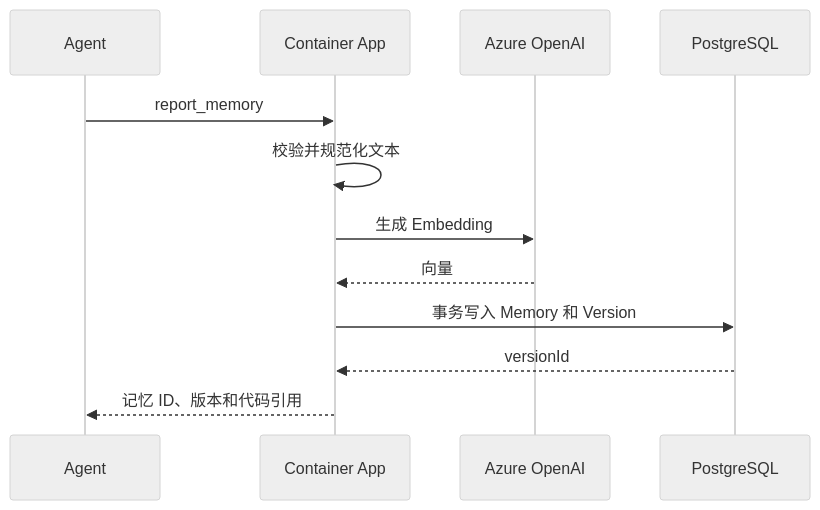
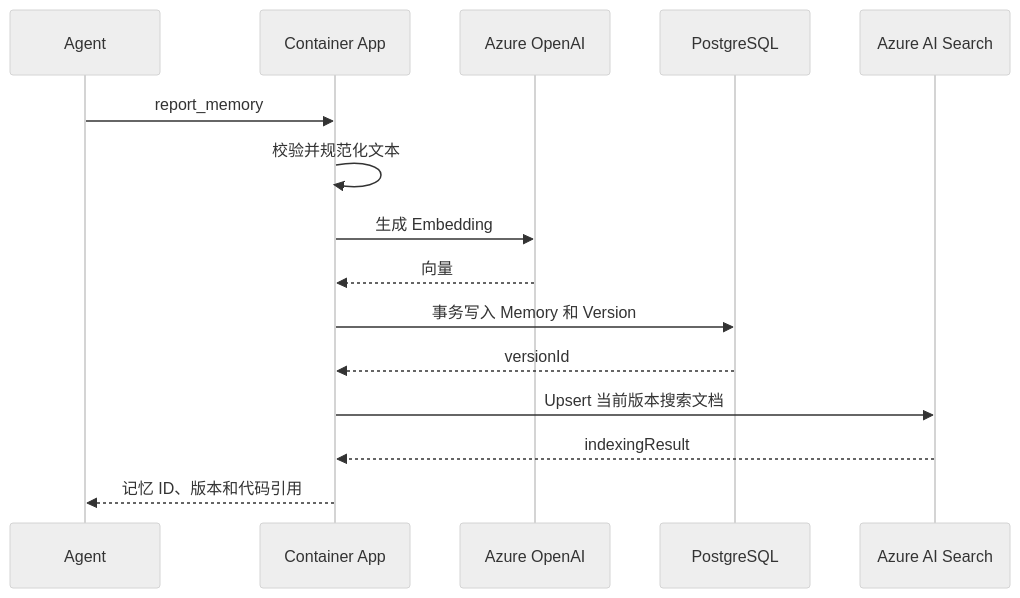
One commit to vwxyzh/FactLineage changed the second of 2 diagrams in azure-architecture.cn.md. Above: the diagram before and after it, drawn with Mermaid (neutral theme). The commit also changed other lines of this file and 42 other files, not shown here.

````diff
--- a/azure-architecture.cn.md
+++ b/azure-architecture.cn.md
@@ -148,15 +166,18 @@
 ```mermaid
 sequenceDiagram
     participant A as Agent
     participant C as Container App
     participant O as Azure OpenAI
     participant P as PostgreSQL
+    participant S as Azure AI Search
 
     A->>C: report_memory
     C->>C: 校验并规范化文本
     C->>O: 生成 Embedding
     O-->>C: 向量
     C->>P: 事务写入 Memory 和 Version
     P-->>C: versionId
+    C->>S: Upsert 当前版本搜索文档
+    S-->>C: indexingResult
     C-->>A: 记忆 ID、版本和代码引用
 ```
````
